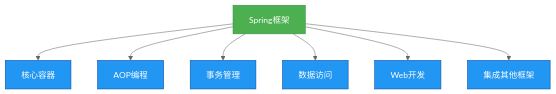
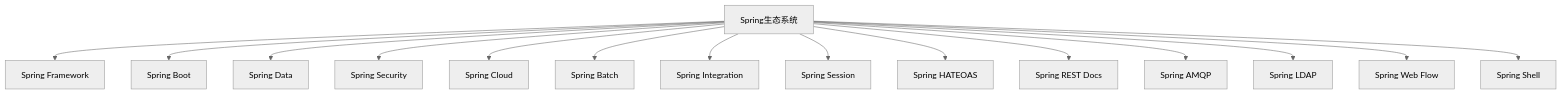
Before and after one commit to lindaifeng/lindaifeng.github.io: the second of 2 diagrams in src/frame/spring/1. Spring框架概述.md, drawn with Mermaid (neutral theme). The commit also changed other lines of this file and 17 other files, not shown here.

````diff
--- a/src/frame/spring/1. Spring框架概述.md
+++ b/src/frame/spring/1. Spring框架概述.md
@@ -6,16 +72,17 @@
 ```mermaid
-graph TD
-    A[Spring框架] --> B[核心容器]
-    A --> C[AOP编程]
-    A --> D[事务管理]
-    A --> E[数据访问]
-    A --> F[Web开发]
-    A --> G[集成其他框架]
-
-    classDef structure fill:#4CAF50,stroke:#388E3C,color:white;
-    classDef algorithm fill:#2196F3,stroke:#0D47A1,color:white;
-    classDef performance fill:#FFC107,stroke:#FF9800,color:black;
-
-    class A structure;
-    class B,C,D,E,F,G algorithm;
+graph TB
+    A[Spring生态系统] --> B[Spring Framework]
+    A --> C[Spring Boot]
+    A --> D[Spring Data]
+    A --> E[Spring Security]
+    A --> F[Spring Cloud]
+    A --> G[Spring Batch]
+    A --> H[Spring Integration]
+    A --> I[Spring Session]
+    A --> J[Spring HATEOAS]
+    A --> K[Spring REST Docs]
+    A --> L[Spring AMQP]
+    A --> M[Spring LDAP]
+    A --> N[Spring Web Flow]
+    A --> O[Spring Shell]
 ```
````
